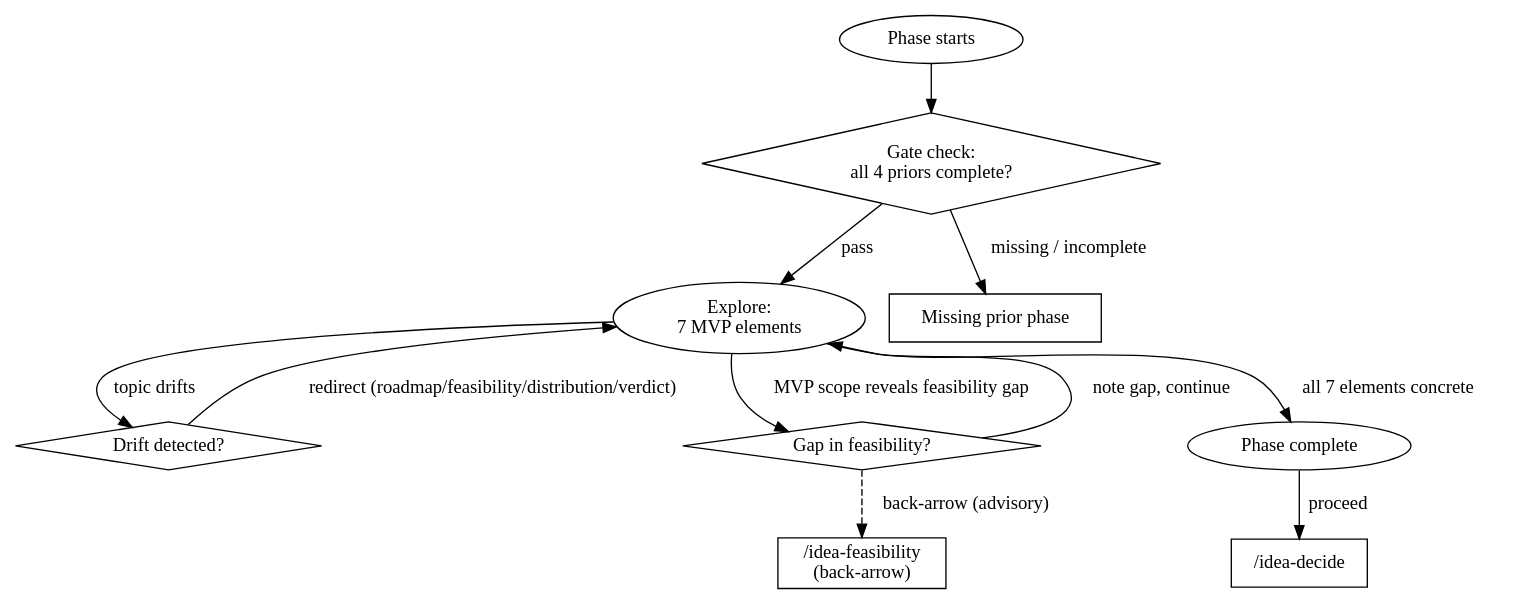
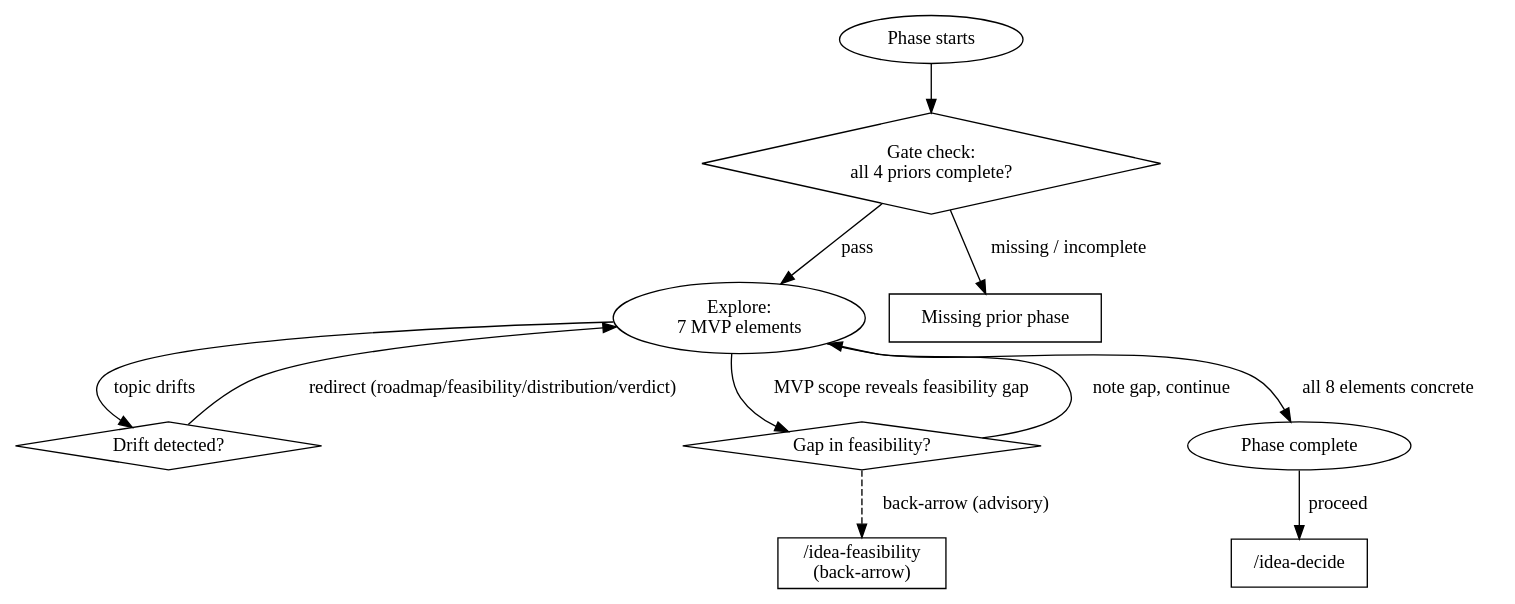
Before and after one commit to brunoteo/idea-incubator: the diagram in skills/idea-mvp/SKILL.md, drawn with Graphviz. The commit also changed other lines of this file and 4 other files, not shown here.

````diff
--- a/skills/idea-mvp/SKILL.md
+++ b/skills/idea-mvp/SKILL.md
@@ -29,24 +29,24 @@
 ```dot
 digraph mvp {
     entry [label="Phase starts" shape=ellipse];
     gate [label="Gate check:\nall 4 priors complete?" shape=diamond];
     explore [label="Explore:\n7 MVP elements"];
     drift [label="Drift detected?" shape=diamond];
     gap [label="Gap in feasibility?" shape=diamond];
     complete [label="Phase complete" shape=ellipse];
     decide [label="/idea-decide" shape=box];
     feasibility [label="/idea-feasibility\n(back-arrow)" shape=box];
     prior [label="Missing prior phase" shape=box];
 
     entry -> gate;
     gate -> explore [label="pass"];
     gate -> prior [label="missing / incomplete"];
     explore -> drift [label="topic drifts"];
     drift -> explore [label="redirect (roadmap/feasibility/distribution/verdict)"];
     explore -> gap [label="MVP scope reveals feasibility gap"];
     gap -> explore [label="note gap, continue"];
     gap -> feasibility [label="back-arrow (advisory)" style=dashed];
-    explore -> complete [label="all 7 elements concrete"];
+    explore -> complete [label="all 8 elements concrete"];
     complete -> decide [label="proceed"];
 }
 ```
````
